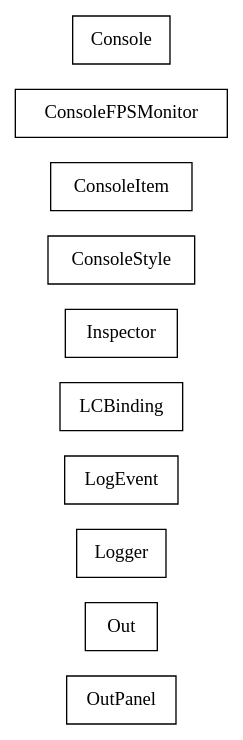
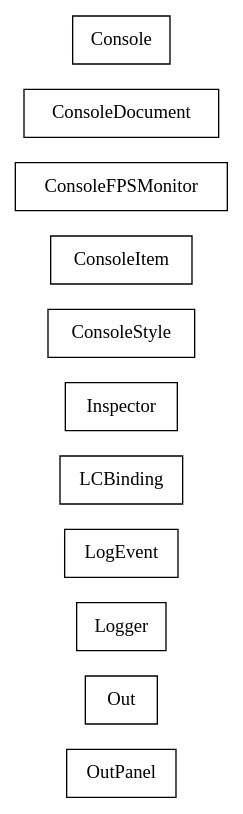
The diagram in docs/com/sekati/log/classes.dot (sekati/sasapi), drawn with Graphviz before and after one commit. The commit also changed 144 other files, not shown here.

```diff
--- a/docs/com/sekati/log/classes.dot
+++ b/docs/com/sekati/log/classes.dot
@@ -1,63 +1,69 @@
 strict digraph class_diagram {
   rankdir=LR;
   TypeOutPanel[
     label="OutPanel",
     URL="OutPanel.html",
     tooltip="com.sekati.log.OutPanel",
     shape="record"
   ];
   TypeOut[
     label="Out",
     URL="Out.html",
     tooltip="com.sekati.log.Out",
     shape="record"
   ];
   TypeLogger[
     label="Logger",
     URL="Logger.html",
     tooltip="com.sekati.log.Logger",
     shape="record"
   ];
   TypeLogEvent[
     label="LogEvent",
     URL="LogEvent.html",
     tooltip="com.sekati.log.LogEvent",
     shape="record"
   ];
   TypeLCBinding[
     label="LCBinding",
     URL="LCBinding.html",
     tooltip="com.sekati.log.LCBinding",
     shape="record"
   ];
   TypeInspector[
     label="Inspector",
     URL="Inspector.html",
     tooltip="com.sekati.log.Inspector",
     shape="record"
   ];
   TypeConsoleStyle[
     label="ConsoleStyle",
     URL="ConsoleStyle.html",
     tooltip="com.sekati.log.ConsoleStyle",
     shape="record"
   ];
   TypeConsoleItem[
     label="ConsoleItem",
     URL="ConsoleItem.html",
     tooltip="com.sekati.log.ConsoleItem",
     shape="record"
   ];
   TypeConsoleFPSMonitor[
     label="ConsoleFPSMonitor",
     URL="ConsoleFPSMonitor.html",
     tooltip="com.sekati.log.ConsoleFPSMonitor",
     shape="record"
   ];
+  TypeConsoleDocument[
+    label="ConsoleDocument",
+    URL="ConsoleDocument.html",
+    tooltip="com.sekati.log.ConsoleDocument",
+    shape="record"
+  ];
   TypeConsole[
     label="Console",
     URL="Console.html",
     tooltip="com.sekati.log.Console",
     shape="record"
   ];
 }
```
